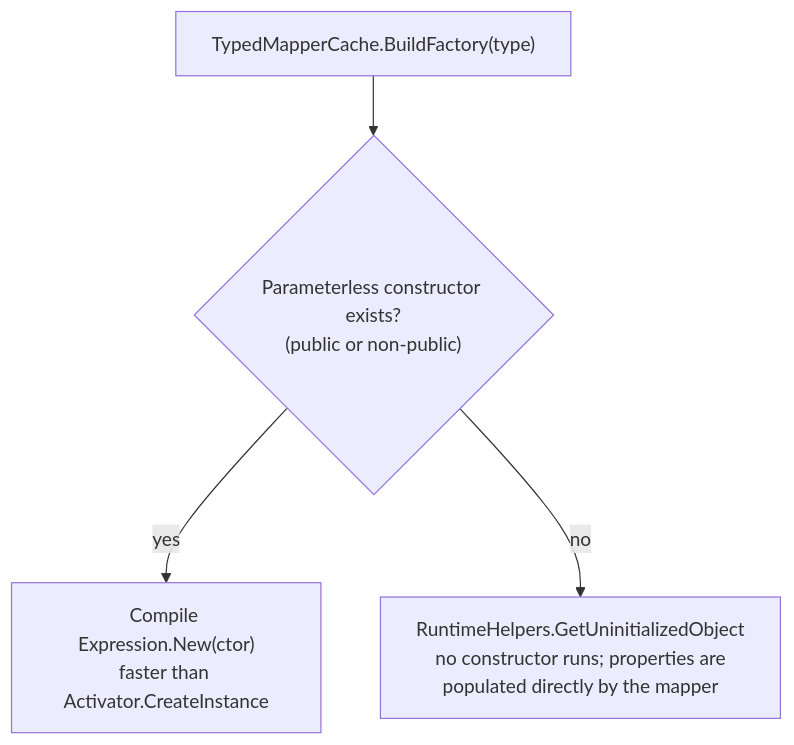
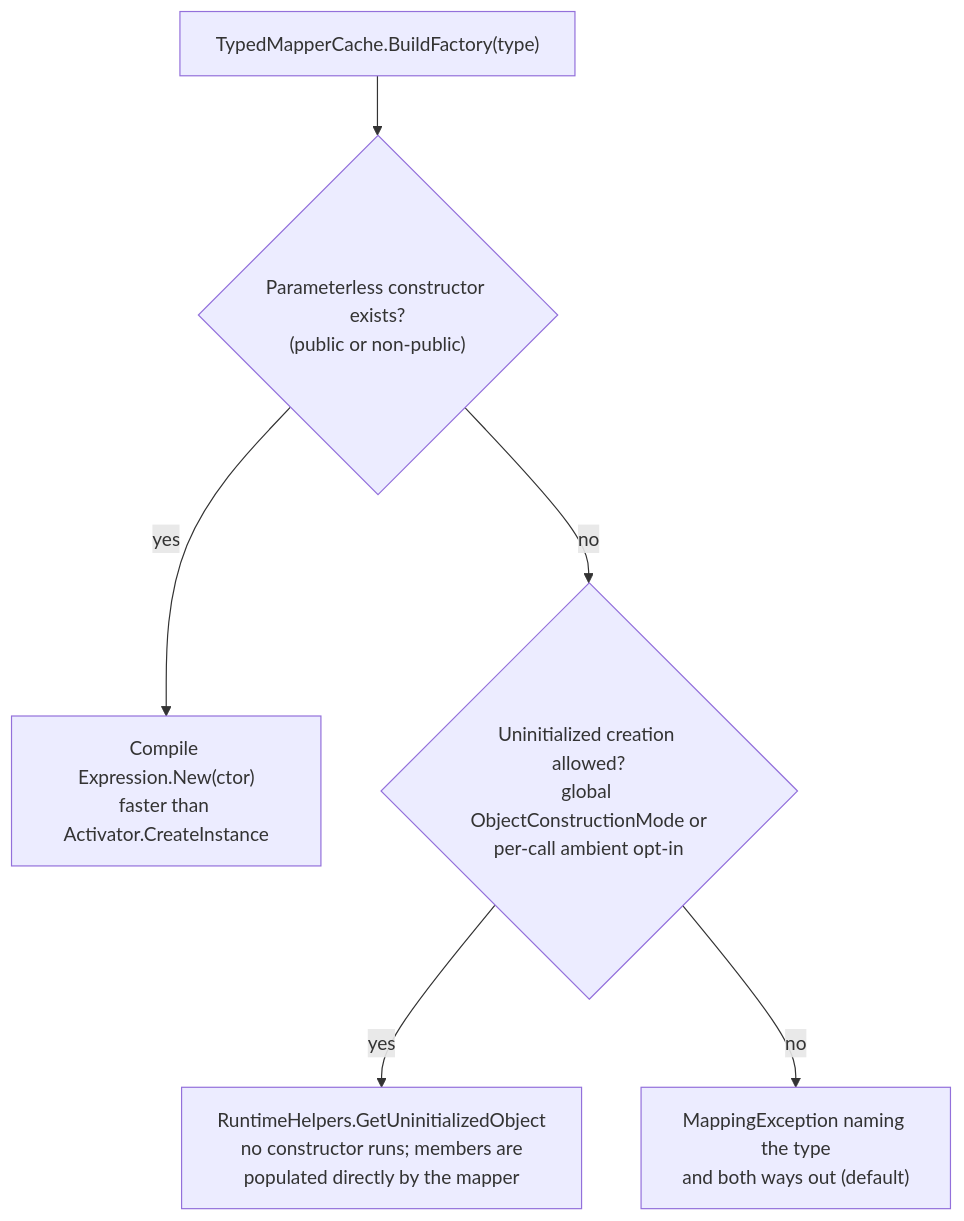
Before and after one commit to giacomeli/SimpleMapper: the fourth of 4 diagrams in docs/architecture.md, drawn with Mermaid. The commit also changed other lines of this file and 7 other files, not shown here.

````diff
--- a/docs/architecture.md
+++ b/docs/architecture.md
@@ -113,6 +113,8 @@
 ```mermaid
 flowchart TD
     A["TypedMapperCache.BuildFactory(type)"] --> B{"Parameterless constructor exists?<br/>(public or non-public)"}
     B -- yes --> C["Compile Expression.New(ctor)<br/>faster than Activator.CreateInstance"]
-    B -- no --> D["RuntimeHelpers.GetUninitializedObject<br/>no constructor runs; properties are<br/>populated directly by the mapper"]
+    B -- no --> D{"Uninitialized creation allowed?<br/>global ObjectConstructionMode or<br/>per-call ambient opt-in"}
+    D -- yes --> E["RuntimeHelpers.GetUninitializedObject<br/>no constructor runs; members are<br/>populated directly by the mapper"]
+    D -- no --> F["MappingException naming the type<br/>and both ways out (default)"]
 ```
````
